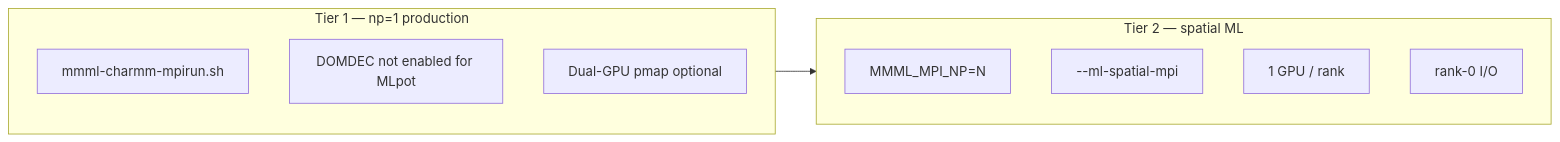
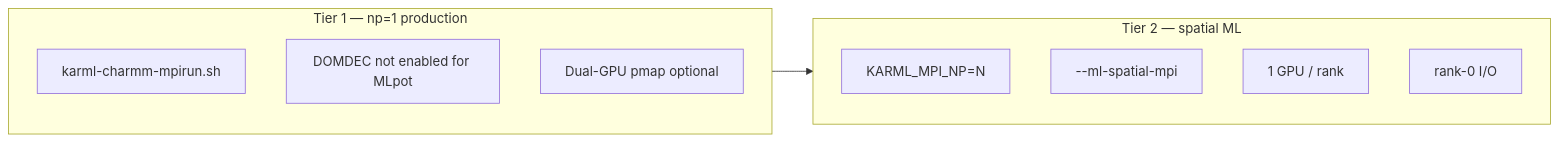
One commit to EricBoittier/mmml changed the diagram in docs/pycharmm-mpi.md. Above: the diagram before and after it, drawn with Mermaid. The commit also changed other lines of this file and 2421 other files, not shown here.

First line of the commit message:
Refactor project references from MMML to KARML

````diff
--- a/docs/pycharmm-mpi.md
+++ b/docs/pycharmm-mpi.md
@@ -94,17 +94,17 @@
 ```mermaid
 flowchart LR
   subgraph tier1 ["Tier 1 — np=1 production"]
-    A1["mmml-charmm-mpirun.sh"]
+    A1["karml-charmm-mpirun.sh"]
     A2["DOMDEC not enabled for MLpot"]
     A3["Dual-GPU pmap optional"]
   end
 
   subgraph tier2 ["Tier 2 — spatial ML"]
-    B1["MMML_MPI_NP=N"]
+    B1["KARML_MPI_NP=N"]
     B2["--ml-spatial-mpi"]
     B3["1 GPU / rank"]
     B4["rank-0 I/O"]
   end
 
   tier1 --> tier2
 ```
````
